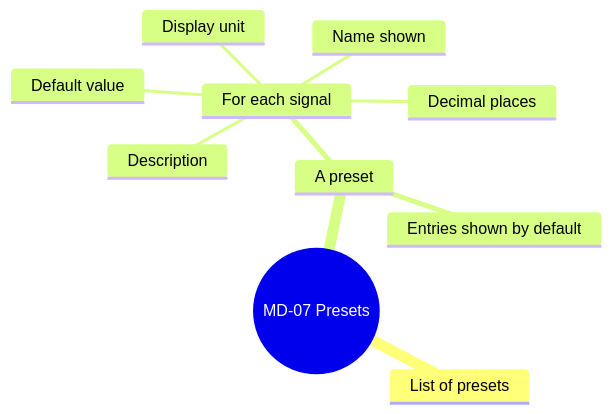
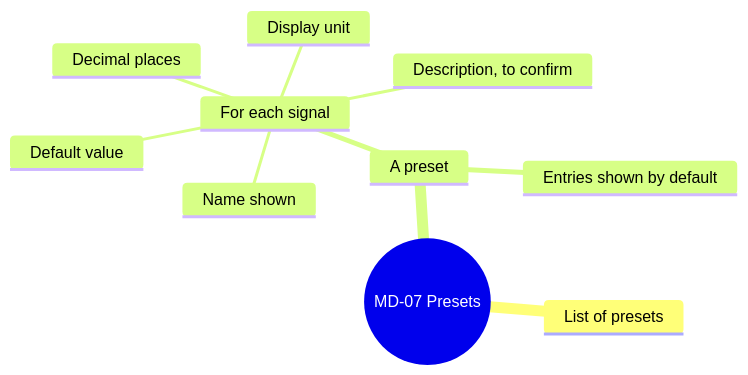
Before and after one commit to AlexandreGallais/synoptic-studio-spec: the ninth of 14 diagrams in screens/metadata.md, drawn with Mermaid. The commit also changed other lines of this file and 14 other files, not shown here.

````diff
--- a/screens/metadata.md
+++ b/screens/metadata.md
@@ -232,13 +261,13 @@
 ```mermaid
 mindmap
   root((MD-07 Presets))
     List of presets
     A preset
       For each signal
         Default value
         Display unit
         Decimal places
         Name shown
-        Description
+        Description, to confirm
       Entries shown by default
 ```
````
